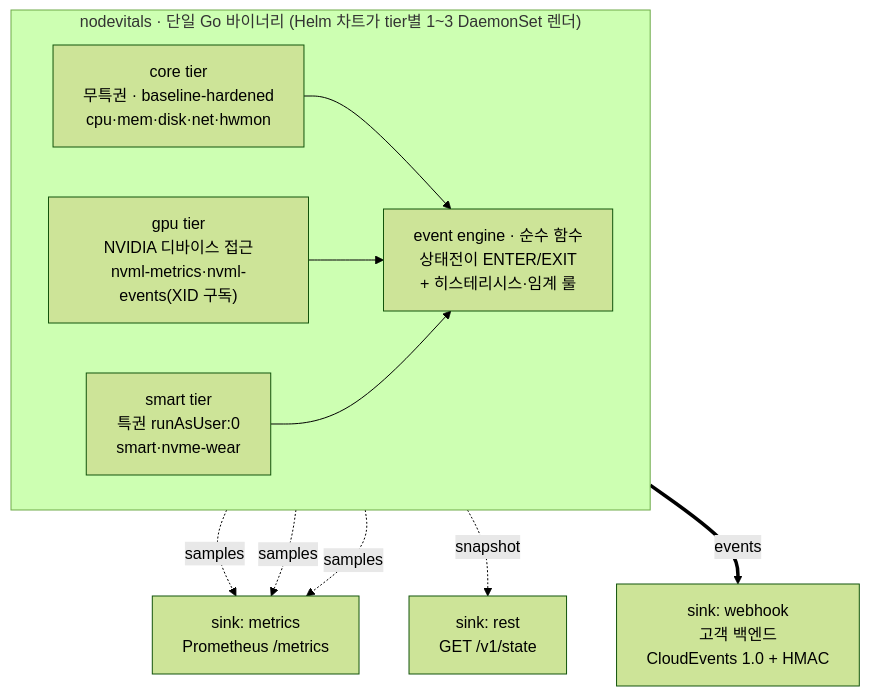
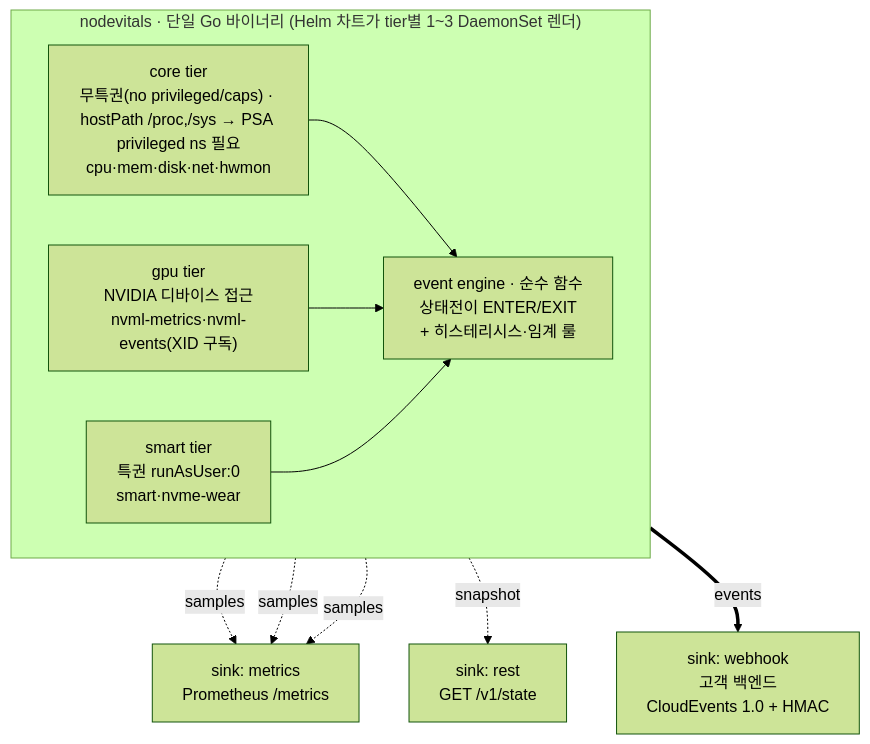
Before and after one commit to KeiaiLab/nodevitals: the diagram in docs/superpowers/specs/2026-07-17-nodevitals-design.md, drawn with Mermaid (forest theme). The commit also changed other lines of this file and 15 other files, not shown here.

````diff
--- a/docs/superpowers/specs/2026-07-17-nodevitals-design.md
+++ b/docs/superpowers/specs/2026-07-17-nodevitals-design.md
@@ -69,14 +69,14 @@
 ```mermaid
 flowchart TB
     subgraph agent["nodevitals · 단일 Go 바이너리 (Helm 차트가 tier별 1~3 DaemonSet 렌더)"]
         direction LR
-        Core["core tier<br/>무특권 · baseline-hardened<br/>cpu·mem·disk·net·hwmon"]
+        Core["core tier<br/>무특권(no privileged/caps) · hostPath /proc,/sys → PSA privileged ns 필요<br/>cpu·mem·disk·net·hwmon"]
         Gpu["gpu tier<br/>NVIDIA 디바이스 접근<br/>nvml-metrics·nvml-events(XID 구독)"]
         Smart["smart tier<br/>특권 runAsUser:0<br/>smart·nvme-wear"]
         Engine["event engine · 순수 함수<br/>상태전이 ENTER/EXIT<br/>+ 히스테리시스·임계 룰"]
     end
     Core & Gpu & Smart --> Engine
     Core & Gpu & Smart -.->|samples| PROM["sink: metrics<br/>Prometheus /metrics"]
     Core -.->|snapshot| REST["sink: rest<br/>GET /v1/state"]
     Engine ==>|events| WH["sink: webhook<br/>고객 백엔드<br/>CloudEvents 1.0 + HMAC"]
 ```
````
